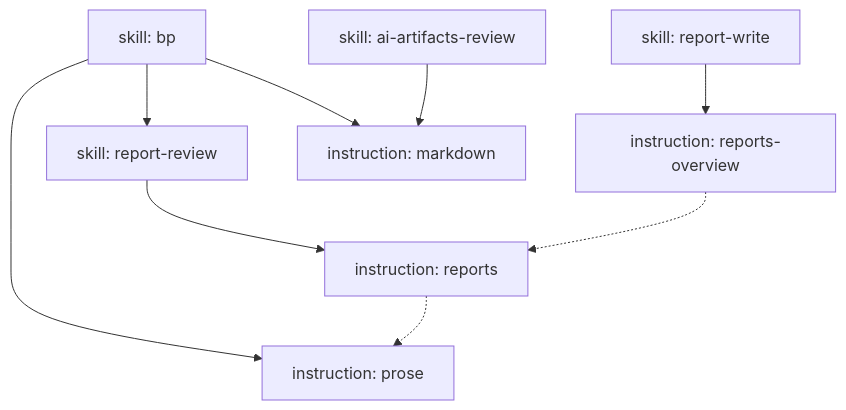
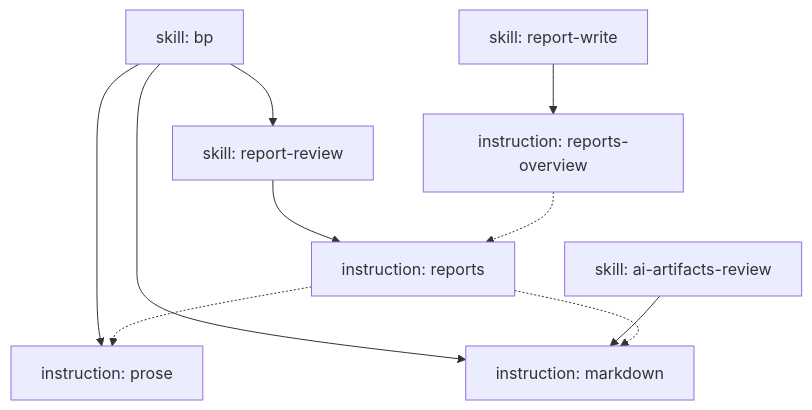
Before and after one commit to SavenkovIgor/railing: the diagram in README.md, drawn with Mermaid. The commit also changed 1 other file, not shown here.

Commit message:
Reword AGENTS.md scopes section, add reports to markdown nesting edge
Claude-Session: https://claude.ai/code/session_01D7k67NntLk5LRZnd7f2ka9

````diff
--- a/README.md
+++ b/README.md
@@ -40,20 +40,21 @@
 ```mermaid
 flowchart TD
     BP["skill: bp"]
     RR["skill: report-review"]
     RW["skill: report-write"]
     AAR["skill: ai-artifacts-review"]
     REP["instruction: reports"]
     RO["instruction: reports-overview"]
     PR["instruction: prose"]
     MD["instruction: markdown"]
 
     BP --> RR
     BP --> PR
     BP --> MD
     RR --> REP
     RW --> RO
     AAR --> MD
     RO -.-> REP
     REP -.-> PR
+    REP -.-> MD
 ```
````
